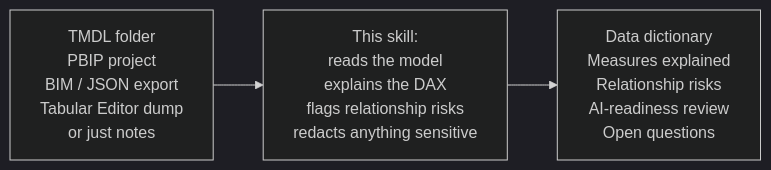
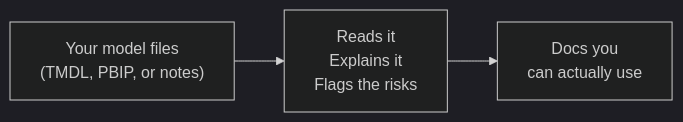
The first of 2 diagrams in README.md (saidev-pbi-fabric/document-powerbi-semantic-model), drawn with Mermaid (dark theme) before and after one commit.

Commit message:
Simplify the How it works diagram
Both Mermaid diagrams render correctly now (confirmed live). This one
still had too much text per box, dense enough that GitHub's floating
zoom controls were overlapping the third box's content. Cut each box
to a short phrase instead of a 4-5 line list: what you feed it, what
it does, what you get back, nothing more.

````diff
--- a/README.md
+++ b/README.md
@@ -20,5 +20,5 @@
 ```mermaid
 flowchart LR
-    A["TMDL folder<br/>PBIP project<br/>BIM / JSON export<br/>Tabular Editor dump<br/>or just notes"] --> B["This skill:<br/>reads the model<br/>explains the DAX<br/>flags relationship risks<br/>redacts anything sensitive"]
-    B --> C["Data dictionary<br/>Measures explained<br/>Relationship risks<br/>AI-readiness review<br/>Open questions"]
+    A["Your model files<br/>(TMDL, PBIP, or notes)"] --> B["Reads it<br/>Explains it<br/>Flags the risks"]
+    B --> C["Docs you<br/>can actually use"]
 ```
````
